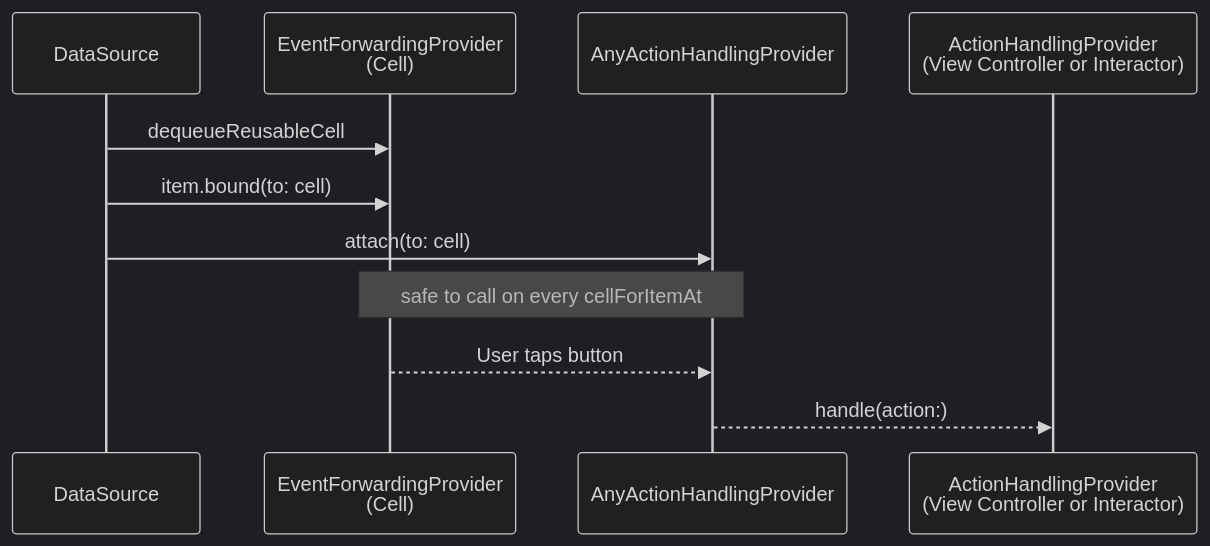
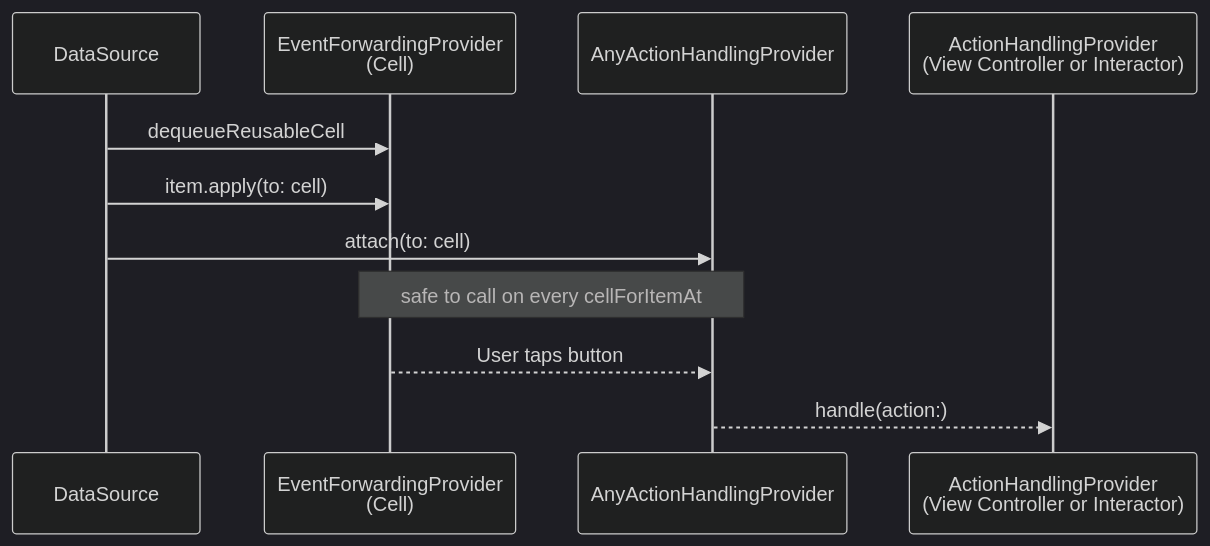
Before and after one commit to dSunny90/SendingState: the second of 2 diagrams in README.md, drawn with Mermaid (dark theme). The commit also changed other lines of this file and 3 other files, not shown here.

Commit message:
Add apply(to:) to Boundable; deprecate bound(to:)

````diff
--- a/README.md
+++ b/README.md
@@ -250,15 +279,15 @@
 ```mermaid
 sequenceDiagram
     participant DS as DataSource
     participant Cell as EventForwardingProvider<br/>(Cell)
     participant AH as AnyActionHandlingProvider
     participant H as ActionHandlingProvider<br/>(View Controller or Interactor)
 
     DS->>Cell: dequeueReusableCell
-    DS->>Cell: item.bound(to: cell)
+    DS->>Cell: item.apply(to: cell)
     DS->>AH: attach(to: cell)
     Note over AH,Cell: safe to call on every cellForItemAt
 
     Cell-->>AH: User taps button
     AH-->>H: handle(action:)
 ```
````
